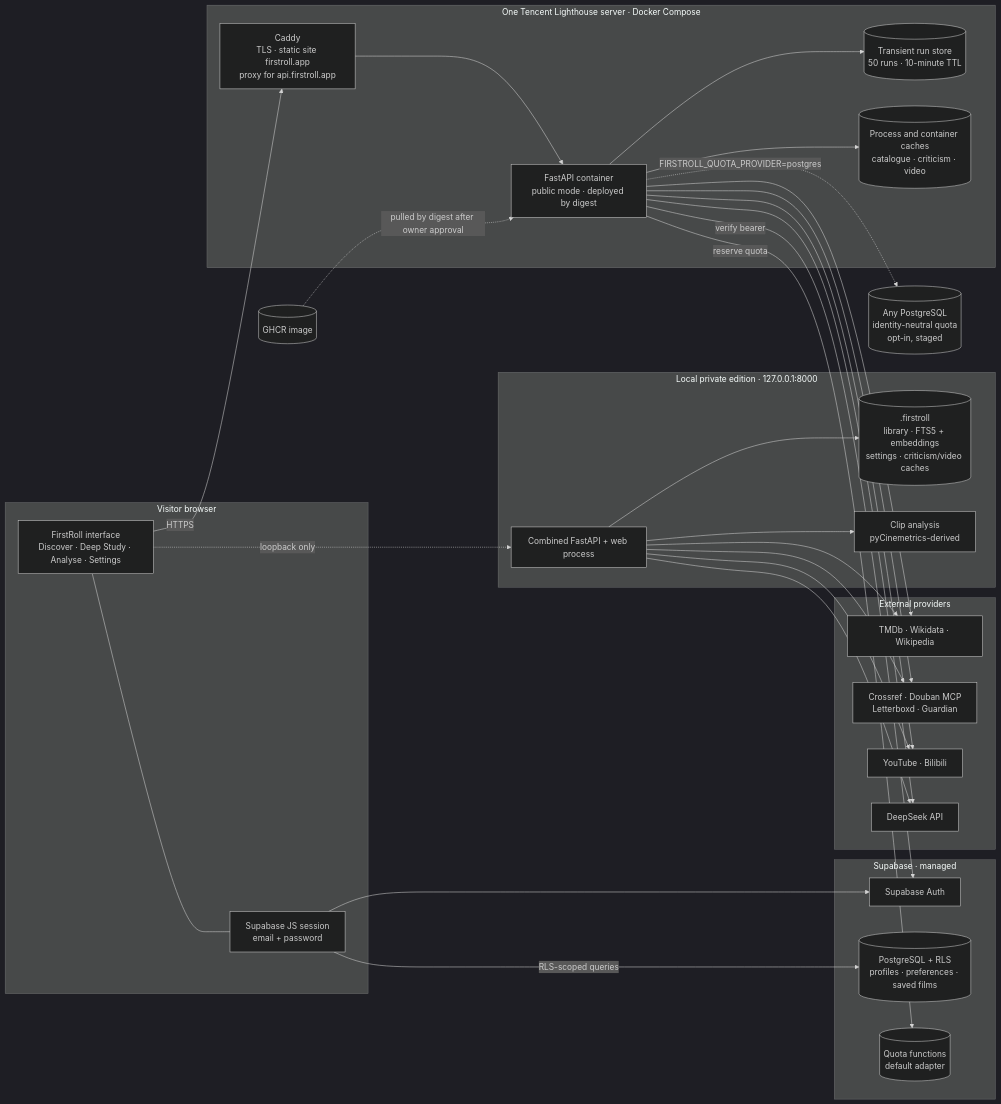
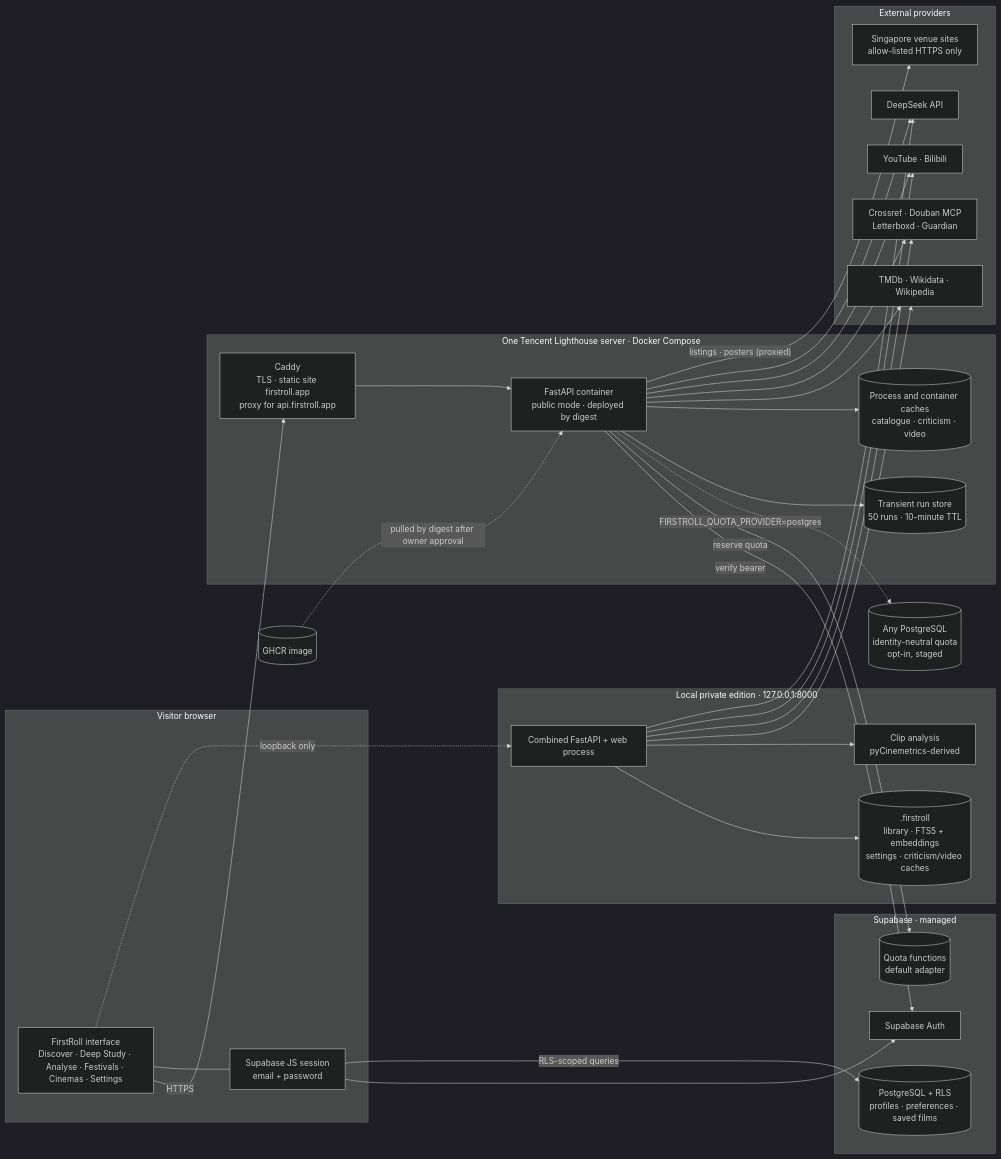
One commit to Luo-Z-Y/FirstRoll changed the first of 2 diagrams in docs/ARCHITECTURE.md. Above: the diagram before and after it, drawn with Mermaid (dark theme). The commit also changed other lines of this file and 44 other files, not shown here.

First line of the commit message:
feat: opening shader, sparse red accents and Singapore cinema listings (#67)

````diff
--- a/docs/ARCHITECTURE.md
+++ b/docs/ARCHITECTURE.md
@@ -21,48 +22,50 @@
 ```mermaid
 flowchart LR
     subgraph Browser["Visitor browser"]
-        UI["FirstRoll interface<br/>Discover · Deep Study · Analyse · Settings"]
+        UI["FirstRoll interface<br/>Discover · Deep Study · Analyse · Festivals · Cinemas · Settings"]
         Session["Supabase JS session<br/>email + password"]
     end
     subgraph VPS["One Tencent Lighthouse server · Docker Compose"]
         Caddy["Caddy<br/>TLS · static site firstroll.app<br/>proxy for api.firstroll.app"]
         API["FastAPI container<br/>public mode · deployed by digest"]
         Runs[("Transient run store<br/>50 runs · 10-minute TTL")]
         HCache[("Process and container caches<br/>catalogue · criticism · video")]
     end
     subgraph Supa["Supabase · managed"]
         Auth["Supabase Auth"]
         AccountDB[("PostgreSQL + RLS<br/>profiles · preferences · saved films")]
         QuotaRPC[("Quota functions<br/>default adapter")]
     end
     PG[("Any PostgreSQL<br/>identity-neutral quota<br/>opt-in, staged")]
     subgraph Local["Local private edition · 127.0.0.1:8000"]
         LocalAPI["Combined FastAPI + web process"]
         Private[(".firstroll<br/>library · FTS5 + embeddings<br/>settings · criticism/video caches")]
         Clip["Clip analysis<br/>pyCinemetrics-derived"]
     end
     subgraph Providers["External providers"]
         Catalogue["TMDb · Wikidata · Wikipedia"]
         Criticism["Crossref · Douban MCP<br/>Letterboxd · Guardian"]
         Video["YouTube · Bilibili"]
         DeepSeek["DeepSeek API"]
+        Venues["Singapore venue sites<br/>allow-listed HTTPS only"]
     end
     GHCR[("GHCR image")]
 
     UI -->|"HTTPS"| Caddy --> API
     UI --- Session
     Session --> Auth
     Session -->|"RLS-scoped queries"| AccountDB
     API -->|"verify bearer"| Auth
     API -->|"reserve quota"| QuotaRPC
     API -.->|"FIRSTROLL_QUOTA_PROVIDER=postgres"| PG
     API --> Runs
     API --> HCache
     API --> Catalogue & Criticism & Video & DeepSeek
+    API -->|"listings · posters (proxied)"| Venues
     GHCR -.->|"pulled by digest after owner approval"| API
 
     UI -.->|"loopback only"| LocalAPI
     LocalAPI --> Private
     LocalAPI --> Clip
     LocalAPI --> Catalogue & Criticism & Video & DeepSeek
 ```
````
